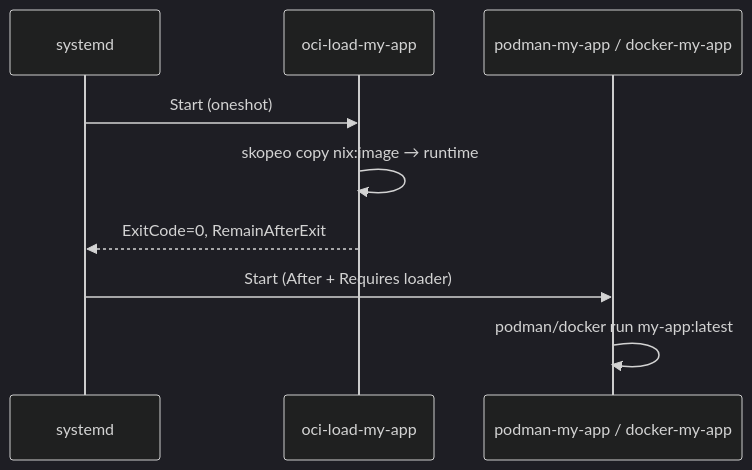
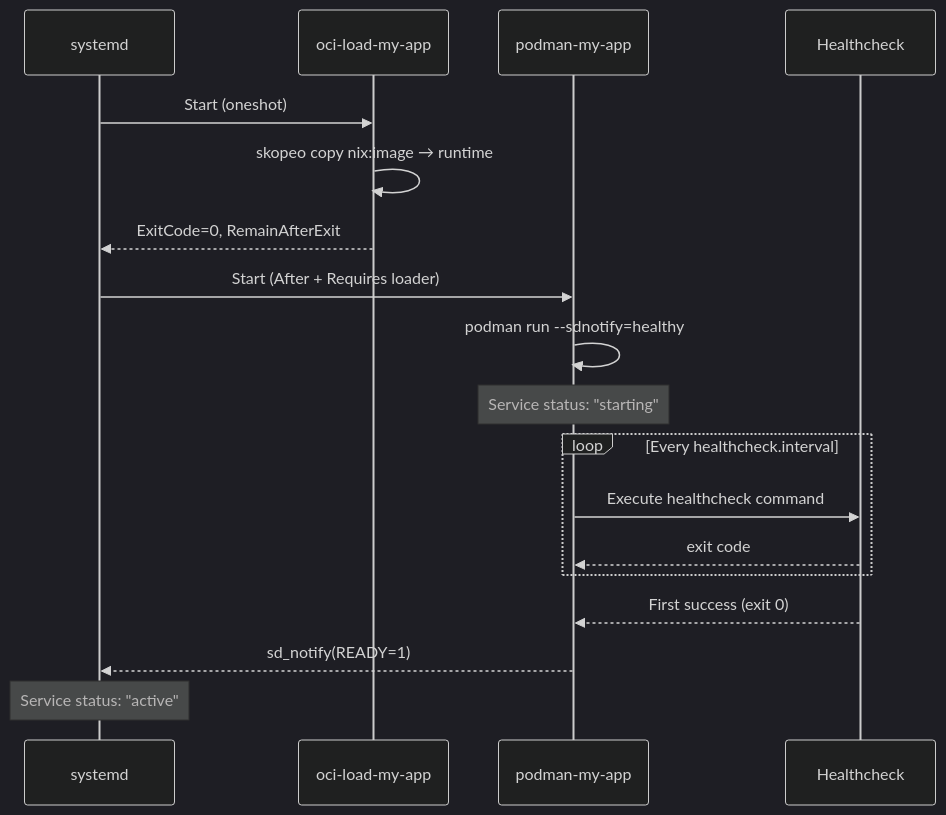
One commit to Dauliac/nix-oci changed diagram 11 of 16 in docs/content/explanation/container-metadata-wiring.md. Above: the diagram before and after it, drawn with Mermaid (dark theme). The commit also changed other lines of this file and 57 other files, not shown here.

````diff
--- a/docs/content/explanation/container-metadata-wiring.md
+++ b/docs/content/explanation/container-metadata-wiring.md
@@ -303,12 +305,21 @@
 ```mermaid
 sequenceDiagram
     participant systemd
     participant Loader as oci-load-my-app
-    participant Runner as podman-my-app / docker-my-app
+    participant Runner as podman-my-app
+    participant HC as Healthcheck
 
     systemd->>Loader: Start (oneshot)
     Loader->>Loader: skopeo copy nix:image → runtime
     Loader-->>systemd: ExitCode=0, RemainAfterExit
     systemd->>Runner: Start (After + Requires loader)
-    Runner->>Runner: podman/docker run my-app:latest
+    Runner->>Runner: podman run --sdnotify=healthy
+    Note over Runner: Service status: "starting"
+    loop Every healthcheck.interval
+        Runner->>HC: Execute healthcheck command
+        HC-->>Runner: exit code
+    end
+    HC-->>Runner: First success (exit 0)
+    Runner-->>systemd: sd_notify(READY=1)
+    Note over systemd: Service status: "active"
 ```
````
